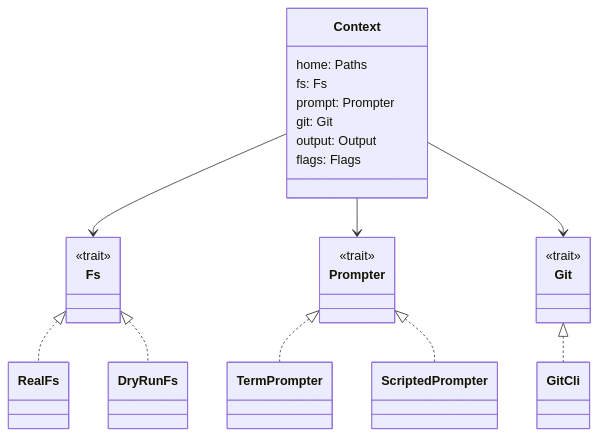
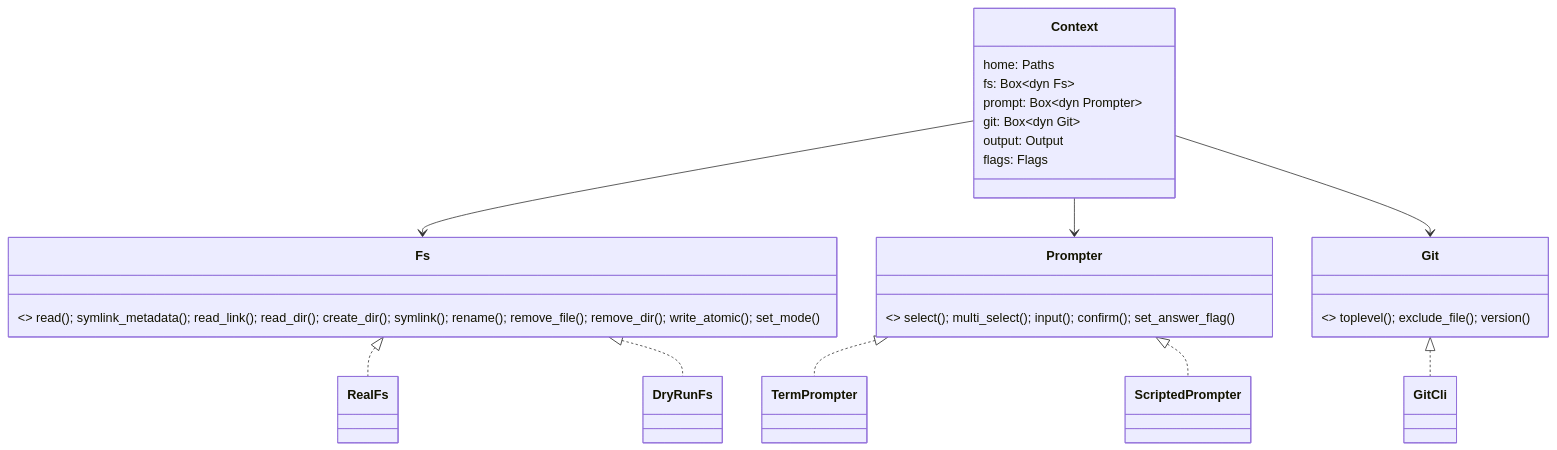
The second of 4 diagrams in wiki/Architecture.md (abindran/skillctl), drawn with Mermaid before and after one commit. The commit also changed other lines of this file and 8 other files, not shown here.

First line of the commit message:
Add README and restrict wiki to technical architecture

````diff
--- a/wiki/Architecture.md
+++ b/wiki/Architecture.md
@@ -33,22 +43,22 @@
 ```mermaid
 classDiagram
     class Context {
         home: Paths
-        fs: Fs
-        prompt: Prompter
-        git: Git
+        fs: Box~dyn Fs~
+        prompt: Box~dyn Prompter~
+        git: Box~dyn Git~
         output: Output
         flags: Flags
     }
-    class Fs { <<trait>> }
-    class Prompter { <<trait>> }
-    class Git { <<trait>> }
+    class Fs { <<trait>> read(); symlink_metadata(); read_link(); read_dir(); create_dir(); symlink(); rename(); remove_file(); remove_dir(); write_atomic(); set_mode() }
+    class Prompter { <<trait>> select(); multi_select(); input(); confirm(); set_answer_flag() }
+    class Git { <<trait>> toplevel(); exclude_file(); version() }
     Context --> Fs
     Context --> Prompter
     Context --> Git
     Fs <|.. RealFs
     Fs <|.. DryRunFs
     Prompter <|.. TermPrompter
     Prompter <|.. ScriptedPrompter
     Git <|.. GitCli
 ```
````
